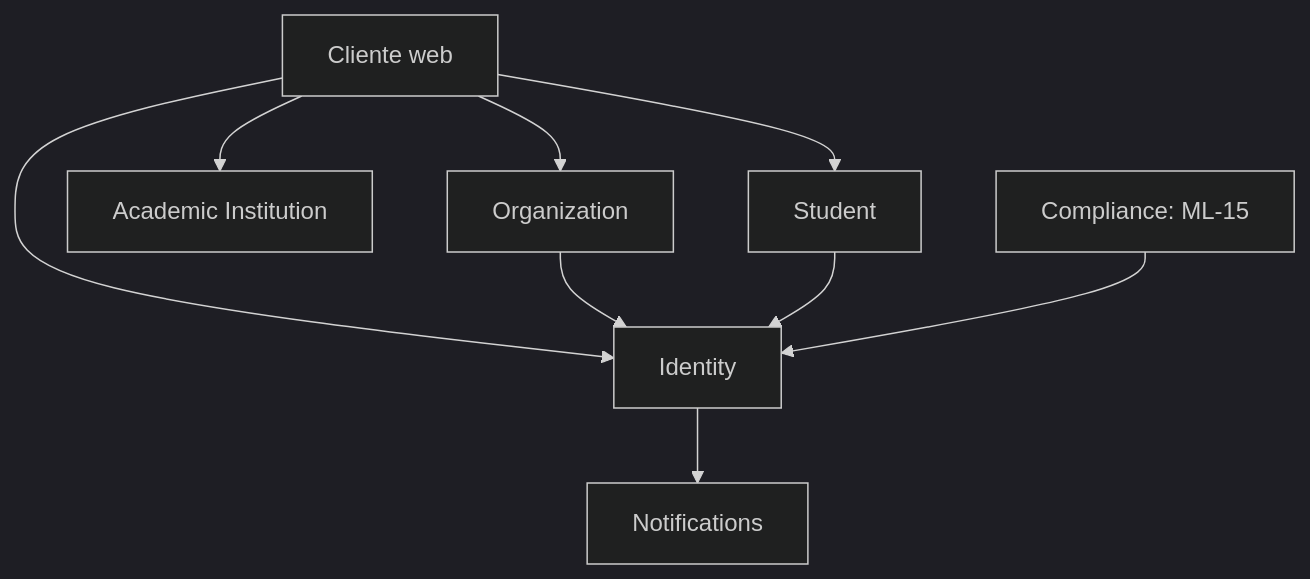
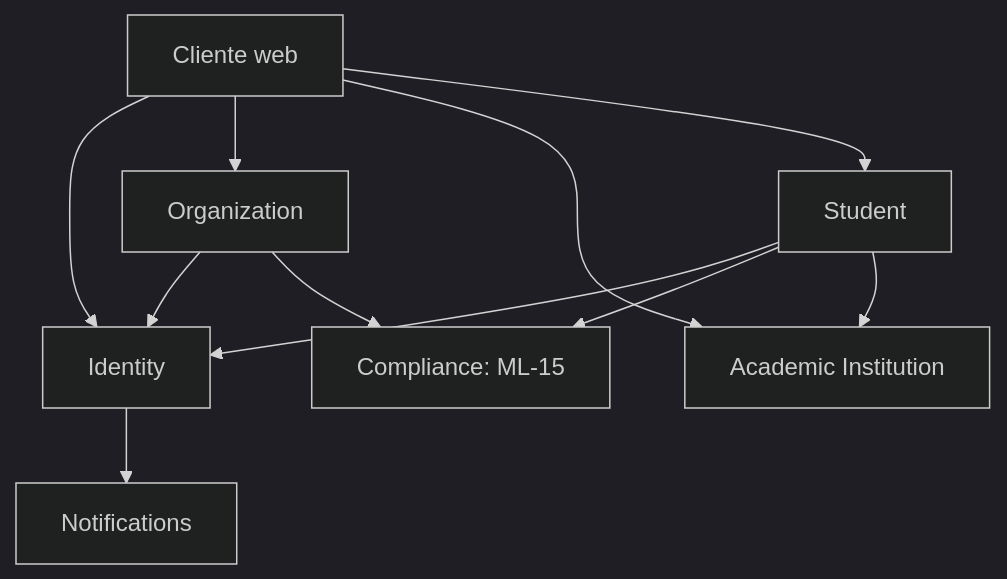
One commit to omarjtoscano/propractix-v2 changed the first of 2 diagrams in docs/plans/increment-01-plan.md. Above: the diagram before and after it, drawn with Mermaid (dark theme). The commit also changed other lines of this file and 14 other files, not shown here.

Commit message:
docs: resolve second Increment 1 architecture review

````diff
--- a/docs/plans/increment-01-plan.md
+++ b/docs/plans/increment-01-plan.md
@@ -56,11 +70,13 @@
 ```mermaid
 flowchart TD
     WEB["Cliente web"] --> ID["Identity"]
     WEB --> ORG["Organization"]
     WEB --> INST["Academic Institution"]
     WEB --> STU["Student"]
     ORG --> ID
     STU --> ID
+    ORG --> COMP["Compliance: ML-15"]
+    STU --> COMP
+    STU --> INST
     ID --> NOTIF["Notifications"]
-    COMP["Compliance: ML-15"] --> ID
 ```
````
